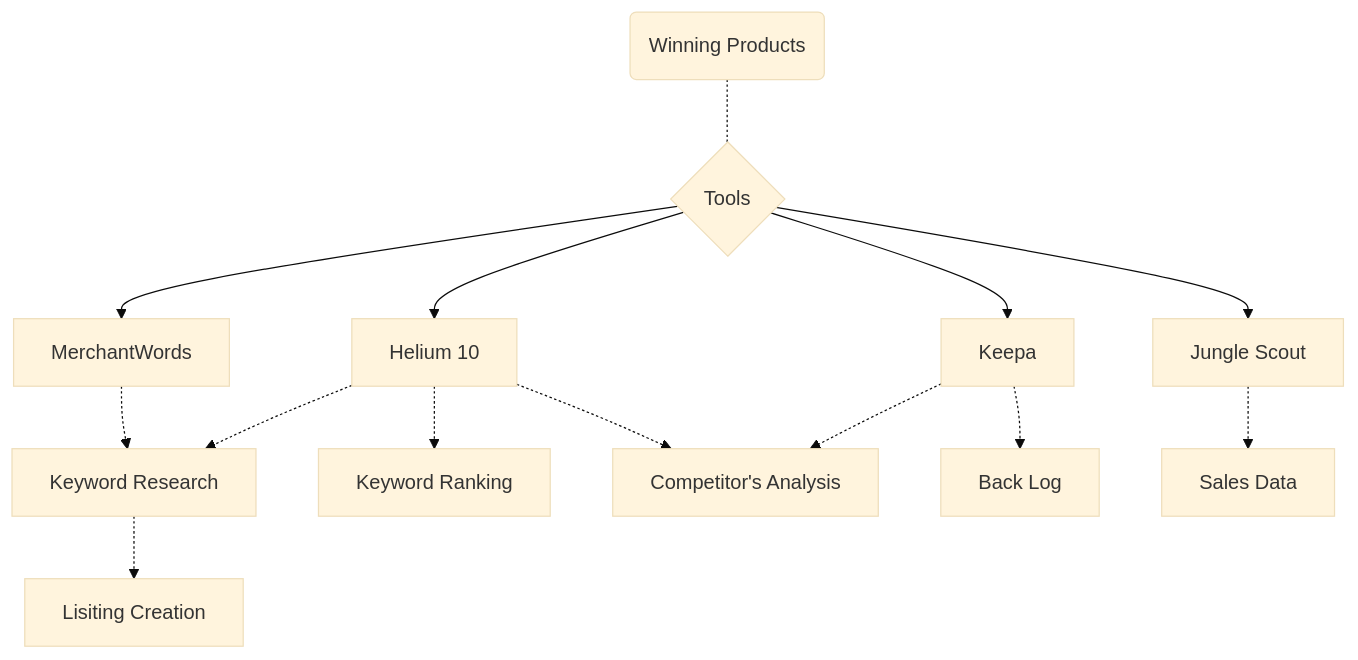
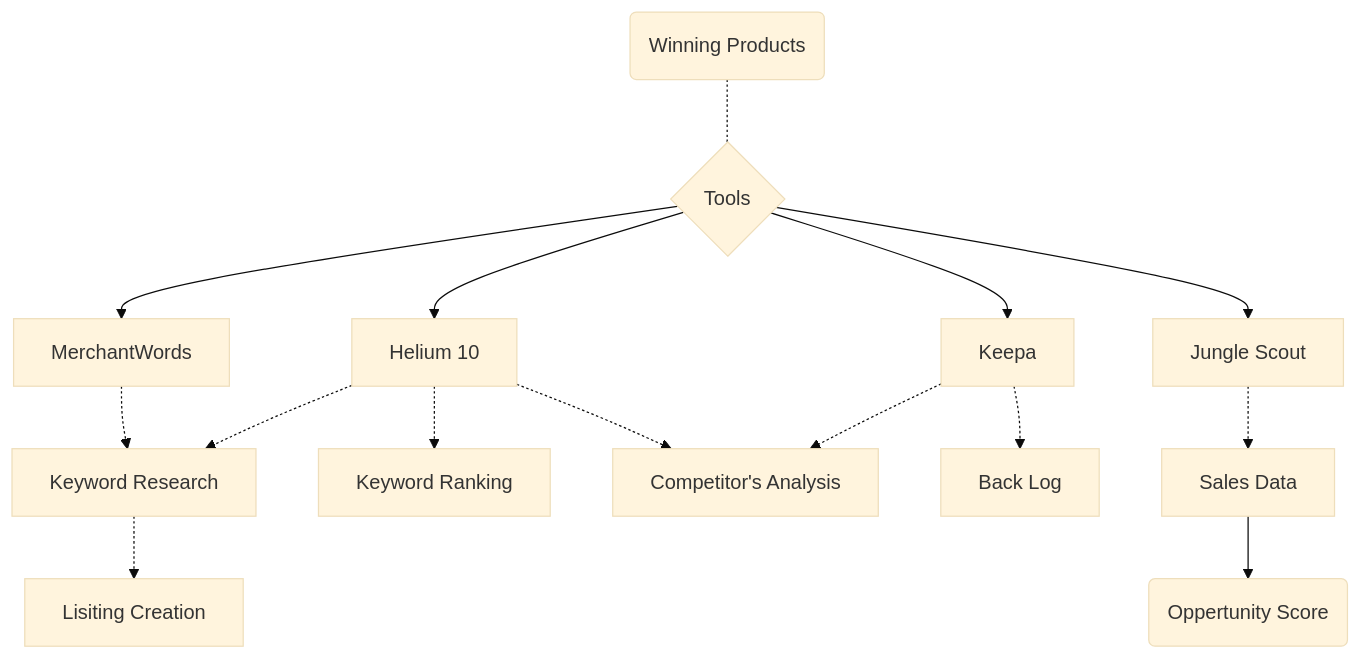
Before and after one commit to engradeelnayyar/engradeelnayyar: the second of 4 diagrams in amazonvirtualassistant.md, drawn with Mermaid (base theme). The commit also changed other lines of this file, not shown here.

````diff
--- a/amazonvirtualassistant.md
+++ b/amazonvirtualassistant.md
@@ -53,20 +53,20 @@
 ```mermaid
 
 flowchart TD
 
 A(Winning Products)-.-B{Tools}
 B{Tools}-->C[MerchantWords]
 B{Tools}-->D[Helium 10]
 B{Tools}-->F[Keepa]
 B{Tools}-->E[Jungle Scout]
 C[MerchantWords]-.->G[Keyword Research]-.->H[Lisiting Creation]
 D[Helium 10]-.->G[Keyword Research]
 D[Helium 10]-.->I[Keyword Ranking]
 D[Helium 10]-.->J[Competitor's Analysis]
 F[Keepa]-.->J[Competitor's Analysis]
 F[Keepa]-.->K[Back Log]
-E[Jungle Scout]-.->L[Sales Data]
+E[Jungle Scout]-.->L[Sales Data]-->M(Oppertunity Score)
 
 
 
 ```
````
